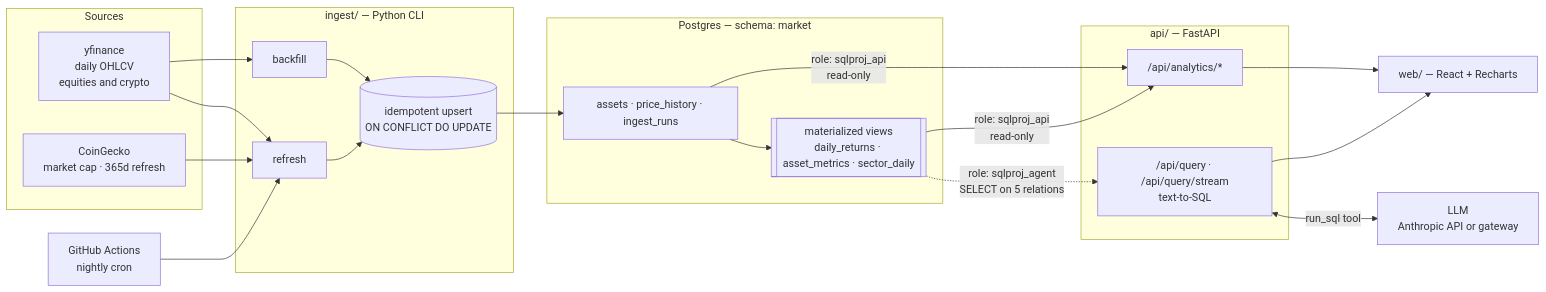
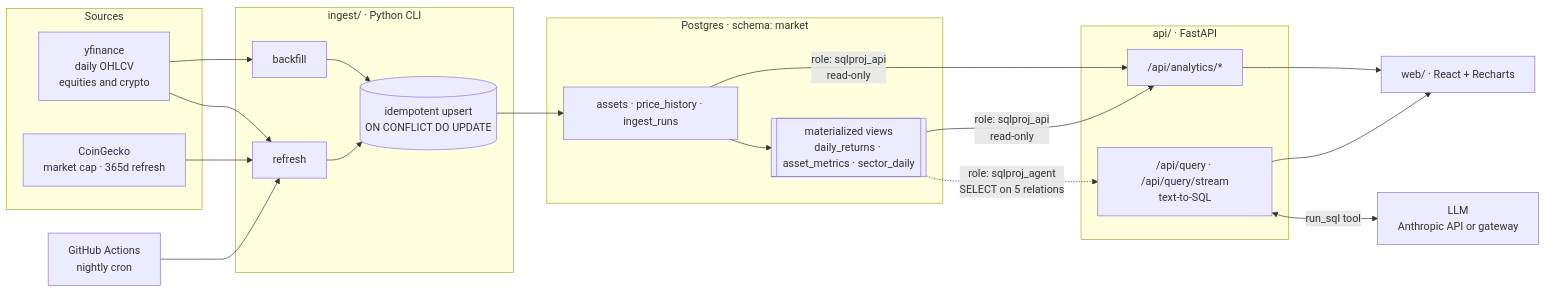
The diagram in README.md (SuneethJerri/tickerql), drawn with Mermaid before and after one commit. The commit also changed other lines of this file and 1 other file, not shown here.

````diff
--- a/README.md
+++ b/README.md
@@ -16,35 +16,35 @@
 ```mermaid
 flowchart LR
   subgraph Sources
     YF["yfinance<br/>daily OHLCV<br/>equities and crypto"]
     CG["CoinGecko<br/>market cap · 365d refresh"]
   end
 
-  subgraph Ingest["ingest/ — Python CLI"]
+  subgraph Ingest["ingest/ · Python CLI"]
     BF[backfill] --> UPS[("idempotent upsert<br/>ON CONFLICT DO UPDATE")]
     RF[refresh] --> UPS
   end
 
-  subgraph DB["Postgres — schema: market"]
+  subgraph DB["Postgres · schema: market"]
     T["assets · price_history · ingest_runs"]
     MV[["materialized views<br/>daily_returns · asset_metrics · sector_daily"]]
   end
 
-  subgraph API["api/ — FastAPI"]
+  subgraph API["api/ · FastAPI"]
     AN["/api/analytics/*"]
     AG["/api/query · /api/query/stream<br/>text-to-SQL"]
   end
 
-  WEB["web/ — React + Recharts"]
+  WEB["web/ · React + Recharts"]
   LLM["LLM<br/>Anthropic API or gateway"]
   GHA["GitHub Actions<br/>nightly cron"]
 
   YF --> BF & RF
   CG --> RF
   UPS --> T --> MV
   T & MV -->|"role: sqlproj_api<br/>read-only"| AN
   MV -.->|"role: sqlproj_agent<br/>SELECT on 5 relations"| AG
   AG <-->|run_sql tool| LLM
   AN & AG --> WEB
   GHA --> RF
 ```
````
